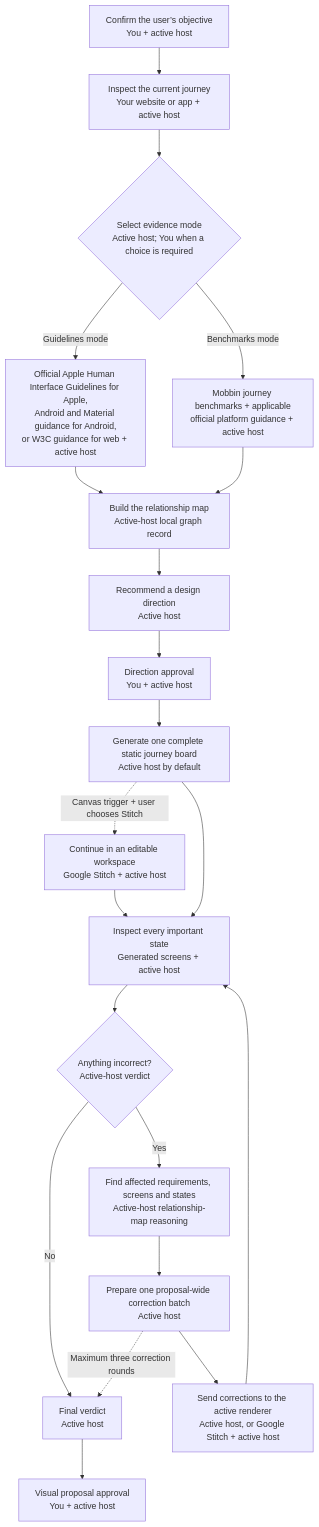
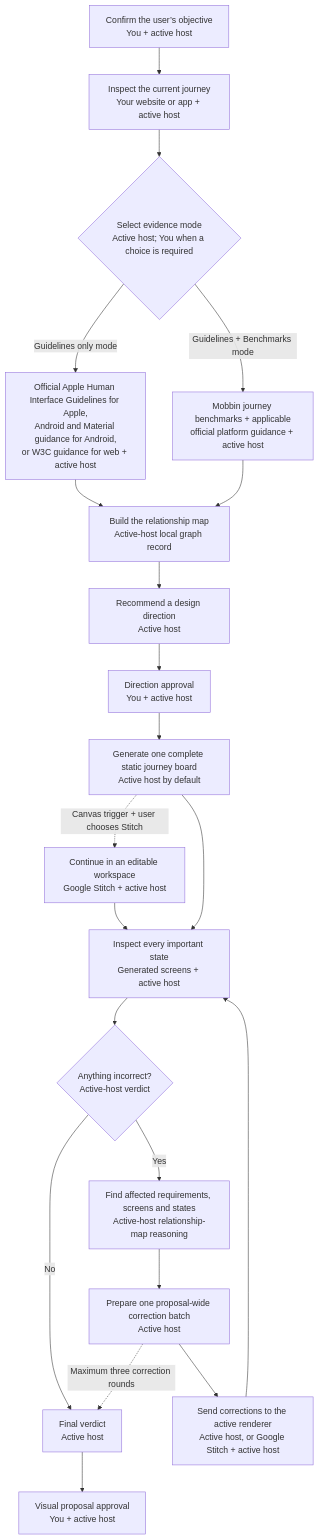
One commit to friedbeef1/mobbin-apple-guidelines-stitch changed the diagram in docs/using-design-arc.md. Above: the diagram before and after it, drawn with Mermaid. The commit also changed other lines of this file and 16 other files, not shown here.

````diff
--- a/docs/using-design-arc.md
+++ b/docs/using-design-arc.md
@@ -37,27 +37,27 @@
 ```mermaid
 flowchart TD
     A["Confirm the user’s objective<br/>You + active host"] --> B["Inspect the current journey<br/>Your website or app + active host"]
     B --> C{"Select evidence mode<br/>Active host; You when a choice is required"}
-    C -- "Guidelines mode" --> C1["Official Apple Human Interface Guidelines for Apple,<br/>Android and Material guidance for Android,<br/>or W3C guidance for web + active host"]
-    C -- "Benchmarks mode" --> C2["Mobbin journey benchmarks + applicable<br/>official platform guidance + active host"]
+    C -- "Guidelines only mode" --> C1["Official Apple Human Interface Guidelines for Apple,<br/>Android and Material guidance for Android,<br/>or W3C guidance for web + active host"]
+    C -- "Guidelines + Benchmarks mode" --> C2["Mobbin journey benchmarks + applicable<br/>official platform guidance + active host"]
     C1 --> D["Build the relationship map<br/>Active-host local graph record"]
     C2 --> D
 
     D --> E["Recommend a design direction<br/>Active host"]
     E --> F["Direction approval<br/>You + active host"]
     F --> G["Generate one complete static journey board<br/>Active host by default"]
     G -. "Canvas trigger + user chooses Stitch" .-> GS["Continue in an editable workspace<br/>Google Stitch + active host"]
     GS --> H
 
     G --> H["Inspect every important state<br/>Generated screens + active host"]
     H --> I{"Anything incorrect?<br/>Active-host verdict"}
 
     I -- "No" --> J["Final verdict<br/>Active host"]
     I -- "Yes" --> K["Find affected requirements, screens and states<br/>Active-host relationship-map reasoning"]
     K --> L["Prepare one proposal-wide correction batch<br/>Active host"]
     L --> M["Send corrections to the active renderer<br/>Active host, or Google Stitch + active host"]
     M --> H
 
     J --> N["Visual proposal approval<br/>You + active host"]
     L -. "Maximum three correction rounds" .-> J
 ```
````
